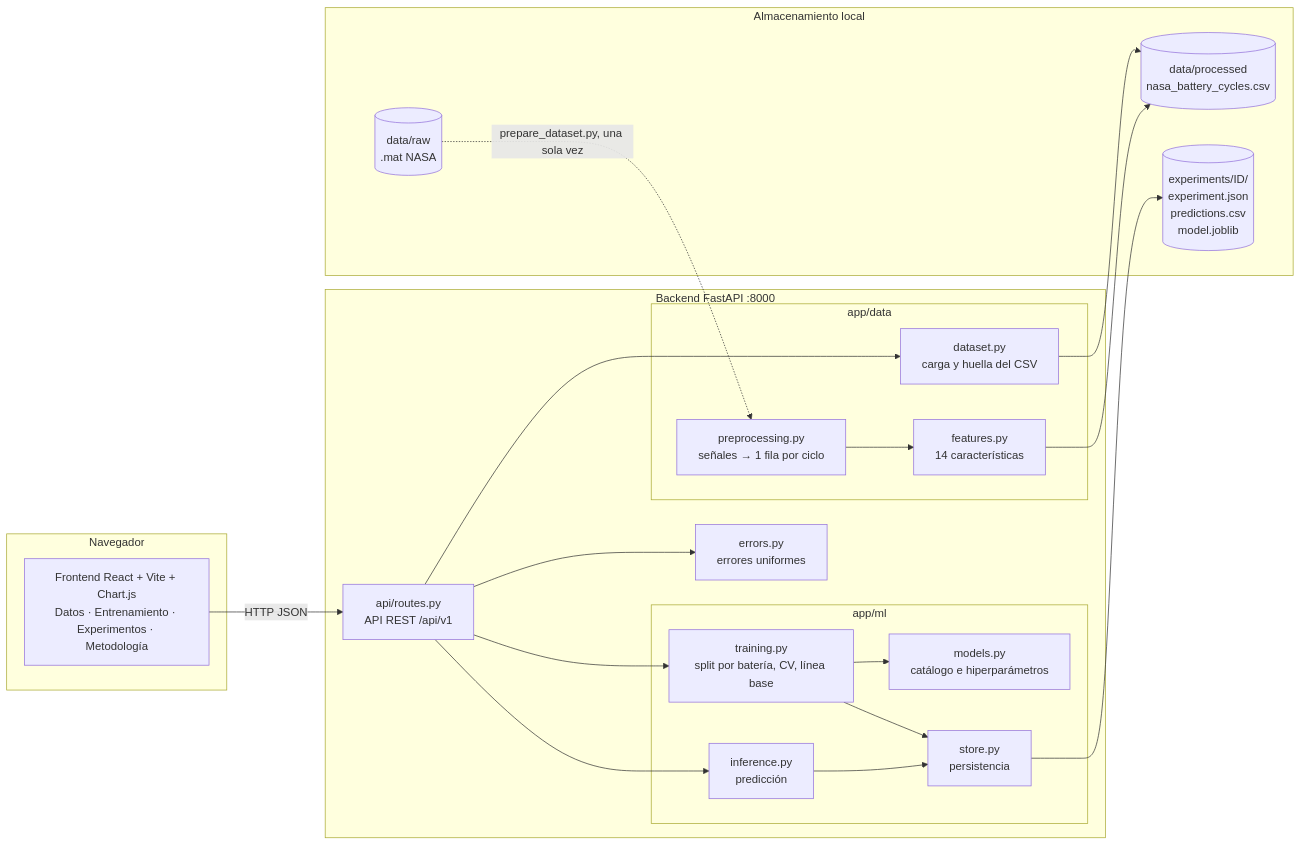
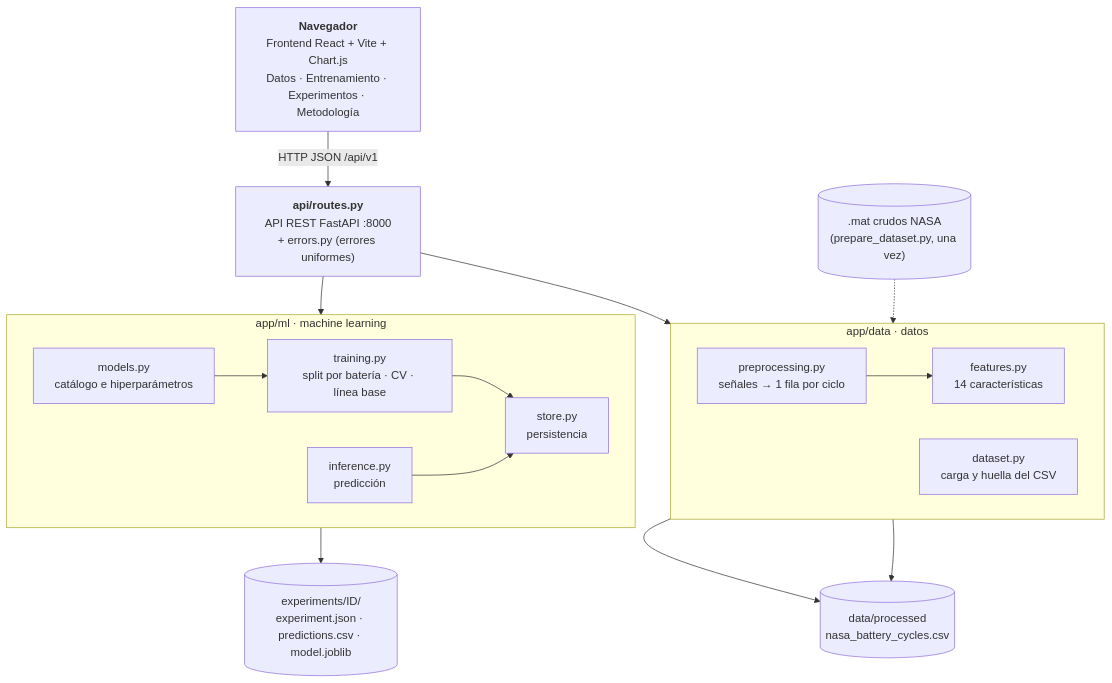
Before and after one commit to santiagoeduardocavadia-cmyk/ProyectoMachineLearning_SOHstate: the first of 3 diagrams in docs/INFORME_TECNICO.md, drawn with Mermaid. The commit also changed other lines of this file and 5 other files, not shown here.

First line of the commit message:
docs: integrantes, diagrama de arquitectura vertical y entregables en PDF

````diff
--- a/docs/INFORME_TECNICO.md
+++ b/docs/INFORME_TECNICO.md
@@ -112,42 +112,28 @@
 ```mermaid
-flowchart LR
-    subgraph Cliente["Navegador"]
-        UI["Frontend React + Vite + Chart.js<br/>Datos · Entrenamiento · Experimentos · Metodología"]
+flowchart TB
+    UI["<b>Navegador</b><br/>Frontend React + Vite + Chart.js<br/>Datos · Entrenamiento · Experimentos · Metodología"]
+    UI -- "HTTP JSON /api/v1" --> API["<b>api/routes.py</b><br/>API REST FastAPI :8000<br/>+ errors.py (errores uniformes)"]
+
+    API --> DATA
+    API --> ML
+
+    subgraph DATA["app/data · datos"]
+        direction LR
+        PRE["preprocessing.py<br/>señales → 1 fila por ciclo"] --> FEAT["features.py<br/>14 características"]
+        DS["dataset.py<br/>carga y huella del CSV"]
     end
 
-    subgraph Servidor["Backend FastAPI :8000"]
-        API["api/routes.py<br/>API REST /api/v1"]
-        ERR["errors.py<br/>errores uniformes"]
-        subgraph Datos["app/data"]
-            PRE["preprocessing.py<br/>señales → 1 fila por ciclo"]
-            FEAT["features.py<br/>14 características"]
-            DS["dataset.py<br/>carga y huella del CSV"]
-        end
-        subgraph ML["app/ml"]
-            MOD["models.py<br/>catálogo e hiperparámetros"]
-            TRN["training.py<br/>split por batería, CV, línea base"]
-            INF["inference.py<br/>predicción"]
-            STO["store.py<br/>persistencia"]
-        end
+    subgraph ML["app/ml · machine learning"]
+        direction LR
+        MOD["models.py<br/>catálogo e hiperparámetros"] --> TRN["training.py<br/>split por batería · CV · línea base"]
+        INF["inference.py<br/>predicción"]
+        STO["store.py<br/>persistencia"]
+        TRN --> STO
+        INF --> STO
     end
 
-    subgraph Disco["Almacenamiento local"]
-        RAW[("data/raw<br/>.mat NASA")]
-        CSV[("data/processed<br/>nasa_battery_cycles.csv")]
-        EXP[("experiments/ID/<br/>experiment.json<br/>predictions.csv<br/>model.joblib")]
-    end
-
-    UI -- "HTTP JSON" --> API
-    API --> ERR
-    API --> DS
-    API --> TRN
-    API --> INF
-    TRN --> MOD
-    TRN --> STO
-    INF --> STO
+    RAW[(".mat crudos NASA<br/>(prepare_dataset.py, una vez)")] -.-> PRE
+    FEAT --> CSV[("data/processed<br/>nasa_battery_cycles.csv")]
     DS --> CSV
-    RAW -.->|"prepare_dataset.py, una sola vez"| PRE
-    PRE --> FEAT
-    FEAT --> CSV
-    STO --> EXP
+    STO --> EXP[("experiments/ID/<br/>experiment.json · predictions.csv · model.joblib")]
 ```
````
